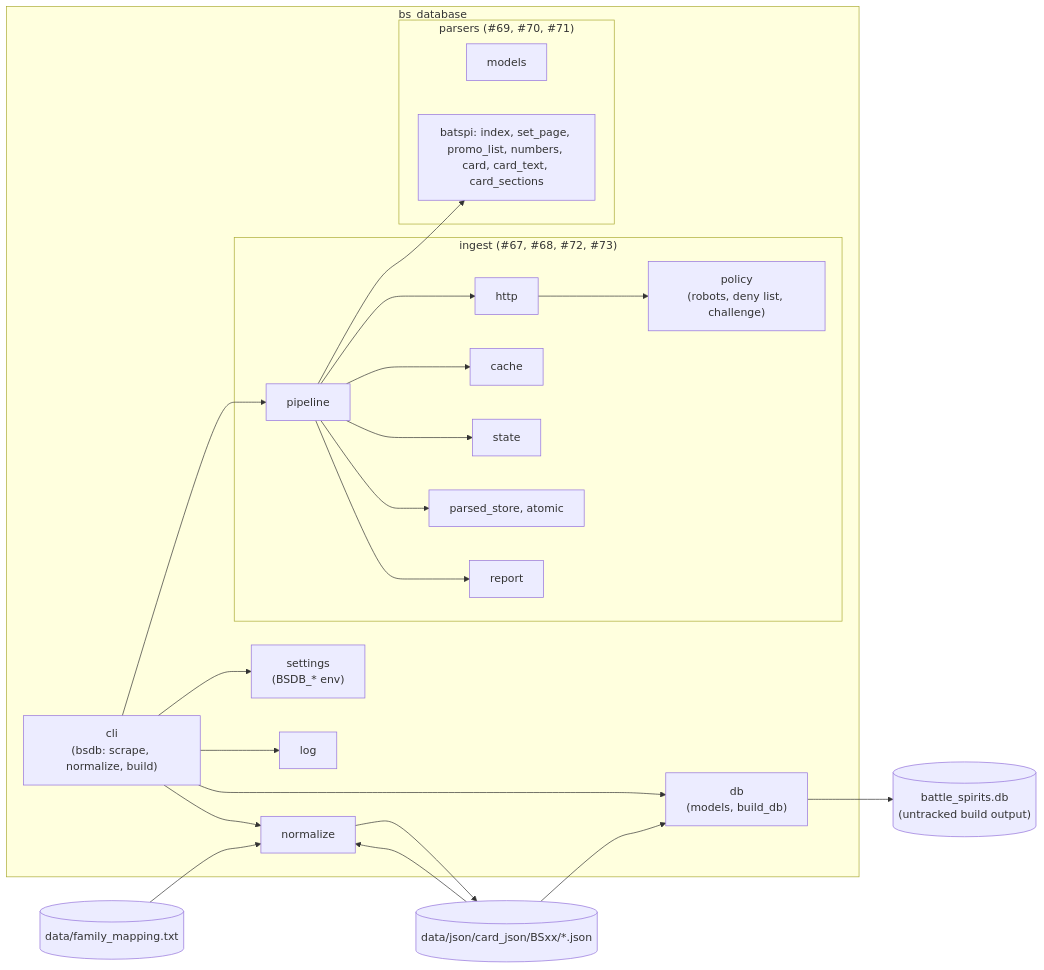
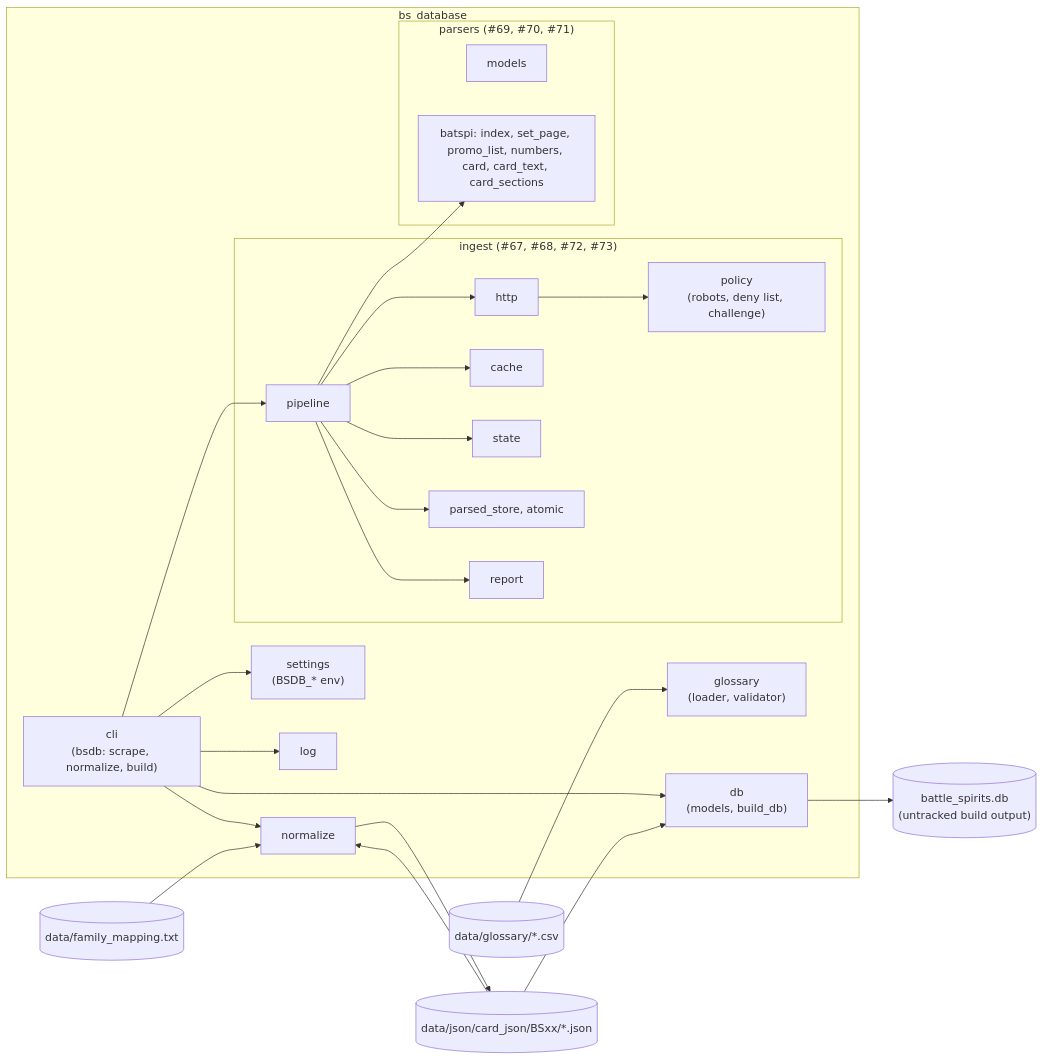
The first of 3 diagrams in docs/architecture/overview.md (AleFire99/BS_Database), drawn with Mermaid before and after one commit. The commit also changed other lines of this file and 7 other files, not shown here.

First line of the commit message:
docs(glossary): point the schema, glossary and contributing docs at data/glossary

````diff
--- a/docs/architecture/overview.md
+++ b/docs/architecture/overview.md
@@ -7,45 +7,48 @@
 ```mermaid
 flowchart LR
     subgraph bs_database
         CLI["cli<br/>(bsdb: scrape, normalize, build)"]
         SET["settings<br/>(BSDB_* env)"]
         LOG["log"]
         subgraph ingest["ingest (#67, #68, #72, #73)"]
             POL["policy<br/>(robots, deny list, challenge)"]
             HTTP["http"]
             CACHE["cache"]
             STATE["state"]
             PIPE["pipeline"]
             PSTORE["parsed_store, atomic"]
             REPORT["report"]
         end
         subgraph parsers["parsers (#69, #70, #71)"]
             MODELS["models"]
             BPARSE["batspi: index, set_page, promo_list, numbers, card, card_text, card_sections"]
         end
         NORM["normalize"]
+        GLOS["glossary<br/>(loader, validator)"]
         DBM["db<br/>(models, build_db)"]
     end
 
     CJ[("data/json/card_json/BSxx/*.json")]
     FM[("data/family_mapping.txt")]
+    GL[("data/glossary/*.csv")]
     DB[("battle_spirits.db<br/>(untracked build output)")]
 
     CLI --> SET
     CLI --> LOG
     CLI --> NORM
     CLI --> DBM
     CLI --> PIPE
     PIPE --> HTTP
     PIPE --> CACHE
     PIPE --> STATE
     PIPE --> PSTORE
     PIPE --> REPORT
     PIPE --> BPARSE
     HTTP --> POL
 
     CJ --> NORM
     FM --> NORM
+    GL --> GLOS
     NORM --> CJ
     CJ --> DBM --> DB
 ```
````
